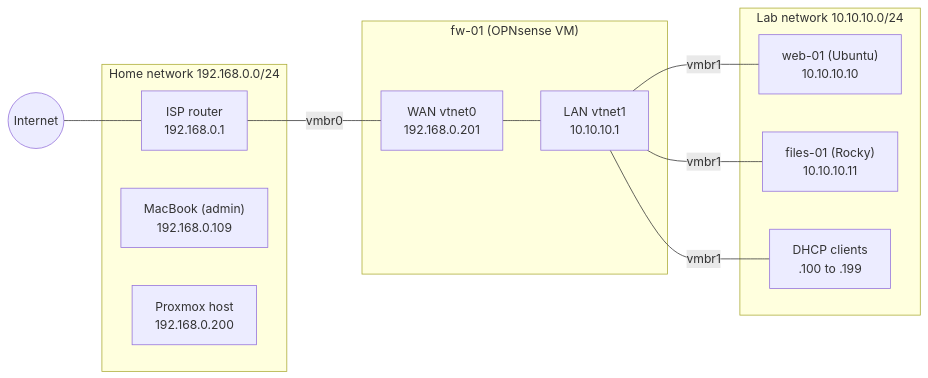
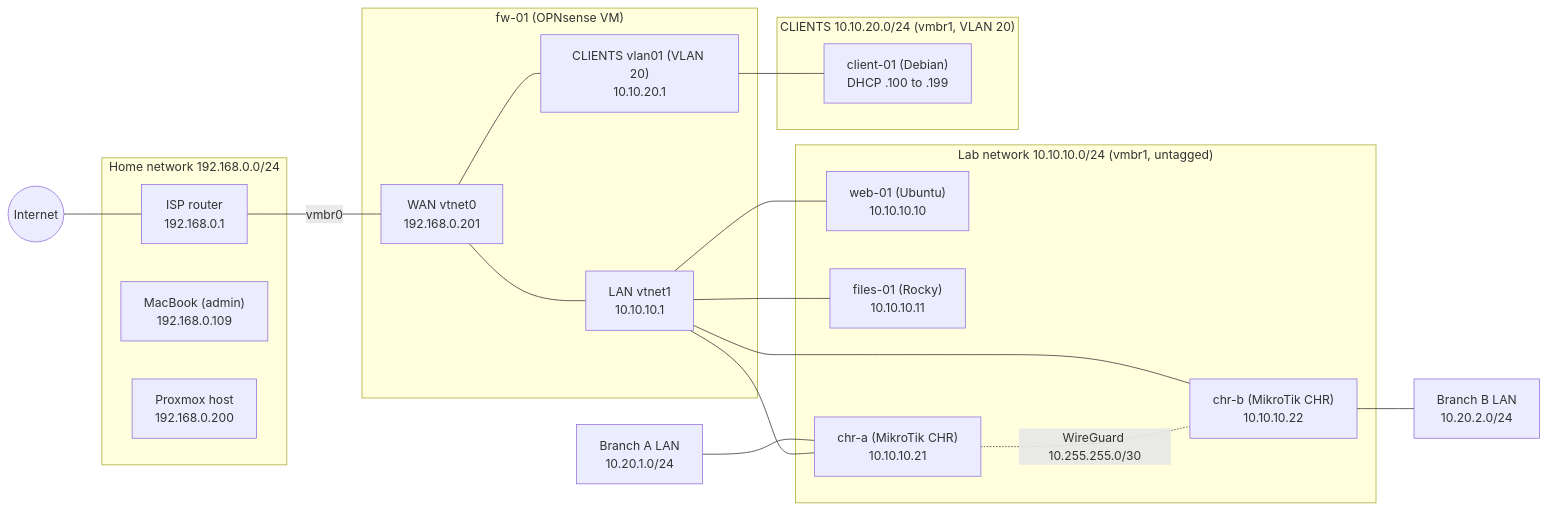
Before and after one commit to nicomts/homelab: the diagram in docs/network.md, drawn with Mermaid. The commit also changed other lines of this file and 20 other files, not shown here.

````diff
--- a/docs/network.md
+++ b/docs/network.md
@@ -5,23 +5,34 @@
 ```mermaid
 flowchart LR
     NET((Internet)) --- ISP
     subgraph HOME["Home network 192.168.0.0/24"]
         ISP["ISP router<br>192.168.0.1"]
         MAC["MacBook (admin)<br>192.168.0.109"]
         PVE["Proxmox host<br>192.168.0.200"]
     end
     subgraph FW["fw-01 (OPNsense VM)"]
         WAN["WAN vtnet0<br>192.168.0.201"]
         LAN["LAN vtnet1<br>10.10.10.1"]
+        CLI["CLIENTS vlan01 (VLAN 20)<br>10.10.20.1"]
     end
-    subgraph LAB["Lab network 10.10.10.0/24"]
+    subgraph LAB["Lab network 10.10.10.0/24 (vmbr1, untagged)"]
         WEB["web-01 (Ubuntu)<br>10.10.10.10"]
         FILES["files-01 (Rocky)<br>10.10.10.11"]
-        DHCP["DHCP clients<br>.100 to .199"]
+        CHRA["chr-a (MikroTik CHR)<br>10.10.10.21"]
+        CHRB["chr-b (MikroTik CHR)<br>10.10.10.22"]
     end
+    subgraph VLAN20["CLIENTS 10.10.20.0/24 (vmbr1, VLAN 20)"]
+        CLIENT["client-01 (Debian)<br>DHCP .100 to .199"]
+    end
+    BRA["Branch A LAN<br>10.20.1.0/24"] --- CHRA
+    CHRB --- BRB["Branch B LAN<br>10.20.2.0/24"]
     ISP ---|vmbr0| WAN
     WAN --- LAN
-    LAN ---|vmbr1| WEB
-    LAN ---|vmbr1| FILES
-    LAN ---|vmbr1| DHCP
+    WAN --- CLI
+    LAN --- WEB
+    LAN --- FILES
+    LAN --- CHRA
+    LAN --- CHRB
+    CLI --- CLIENT
+    CHRA -.-|WireGuard 10.255.255.0/30| CHRB
 ```
````
